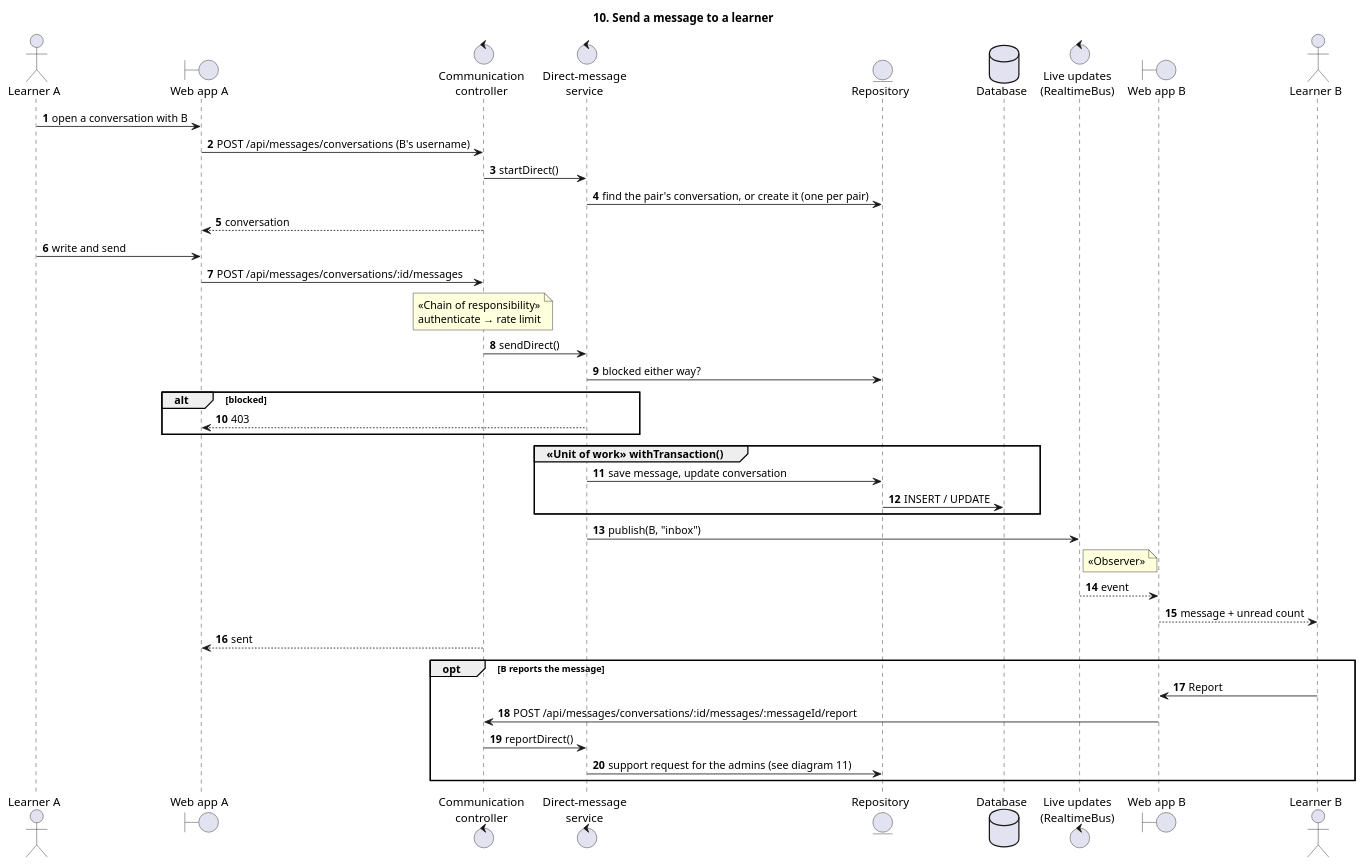
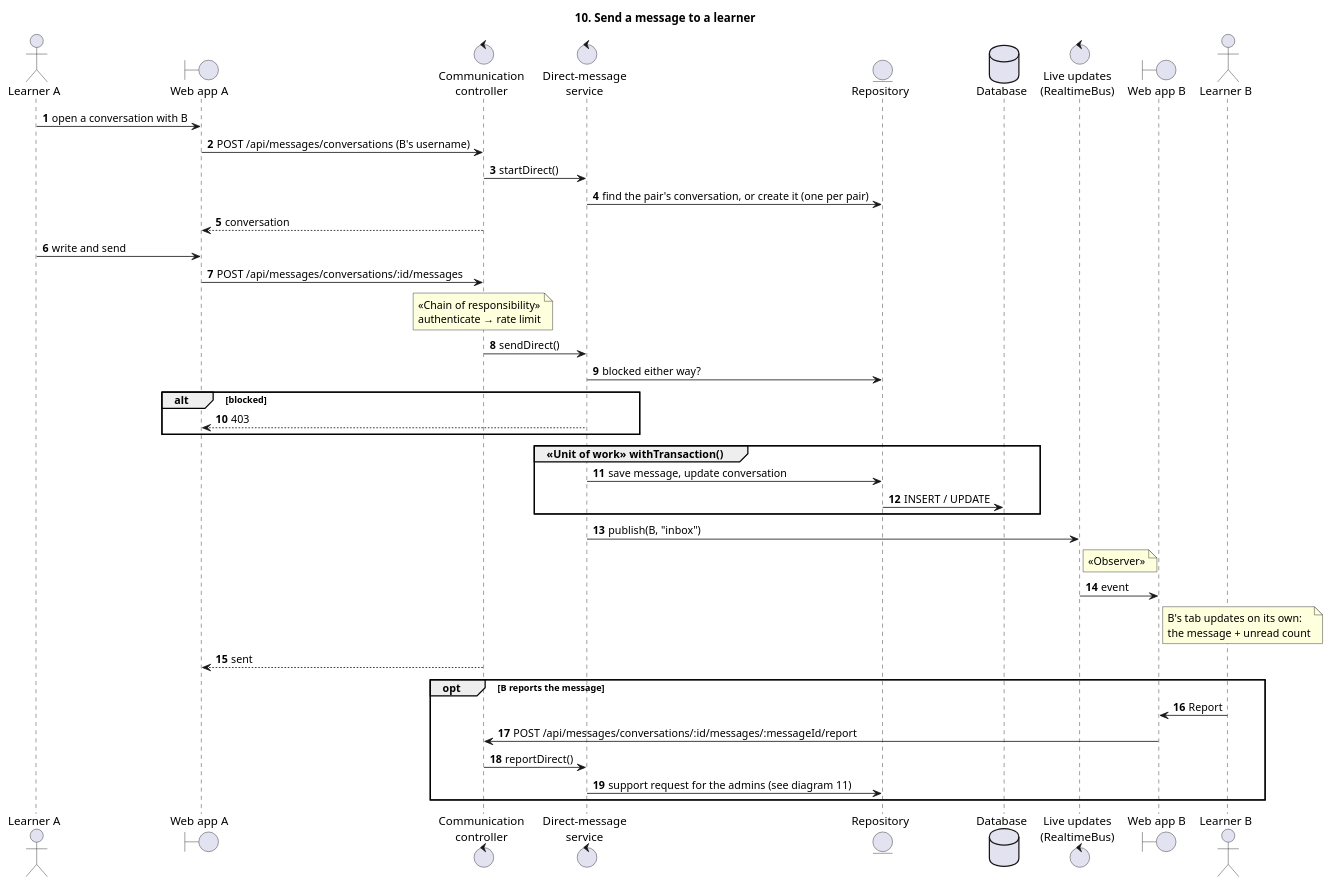
Before and after one commit to BLF2710/Nihongo-Training: the diagram in Diagram/sequence/10-send-message.puml, drawn with PlantUML. The commit also changed 402 other files, not shown here.

```diff
--- a/Diagram/sequence/10-send-message.puml
+++ b/Diagram/sequence/10-send-message.puml
@@ -12,47 +12,47 @@
 @startuml 10 Send a message
 title 10. Send a message to a learner
 autonumber
 skinparam sequenceMessageAlign left
 skinparam responseMessageBelowArrow true
 
 actor "Learner A" as A
 boundary "Web app A" as WebA
 control "Communication\ncontroller" as Ctrl
 control "Direct-message\nservice" as Svc
 entity "Repository" as Repo
 database "Database" as DB
 control "Live updates\n(RealtimeBus)" as Bus
 boundary "Web app B" as WebB
 actor "Learner B" as B
 
 A -> WebA : open a conversation with B
 WebA -> Ctrl : POST /api/messages/conversations (B's username)
 Ctrl -> Svc : startDirect()
 Svc -> Repo : find the pair's conversation, or create it (one per pair)
 Ctrl --> WebA : conversation
 
 A -> WebA : write and send
 WebA -> Ctrl : POST /api/messages/conversations/:id/messages
 note over Ctrl : «Chain of responsibility»\nauthenticate → rate limit
 Ctrl -> Svc : sendDirect()
 Svc -> Repo : blocked either way?
 alt blocked
   Svc --> WebA : 403
 end
 group «Unit of work» withTransaction()
   Svc -> Repo : save message, update conversation
   Repo -> DB : INSERT / UPDATE
 end
 Svc -> Bus : publish(B, "inbox")
 note right of Bus : «Observer»
-Bus --> WebB : event
-WebB --> B : message + unread count
+Bus -> WebB : event
+note right of WebB : B's tab updates on its own:\nthe message + unread count
 Ctrl --> WebA : sent
 
 opt B reports the message
   B -> WebB : Report
   WebB -> Ctrl : POST /api/messages/conversations/:id/messages/:messageId/report
   Ctrl -> Svc : reportDirect()
   Svc -> Repo : support request for the admins (see diagram 11)
 end
 @enduml
```
